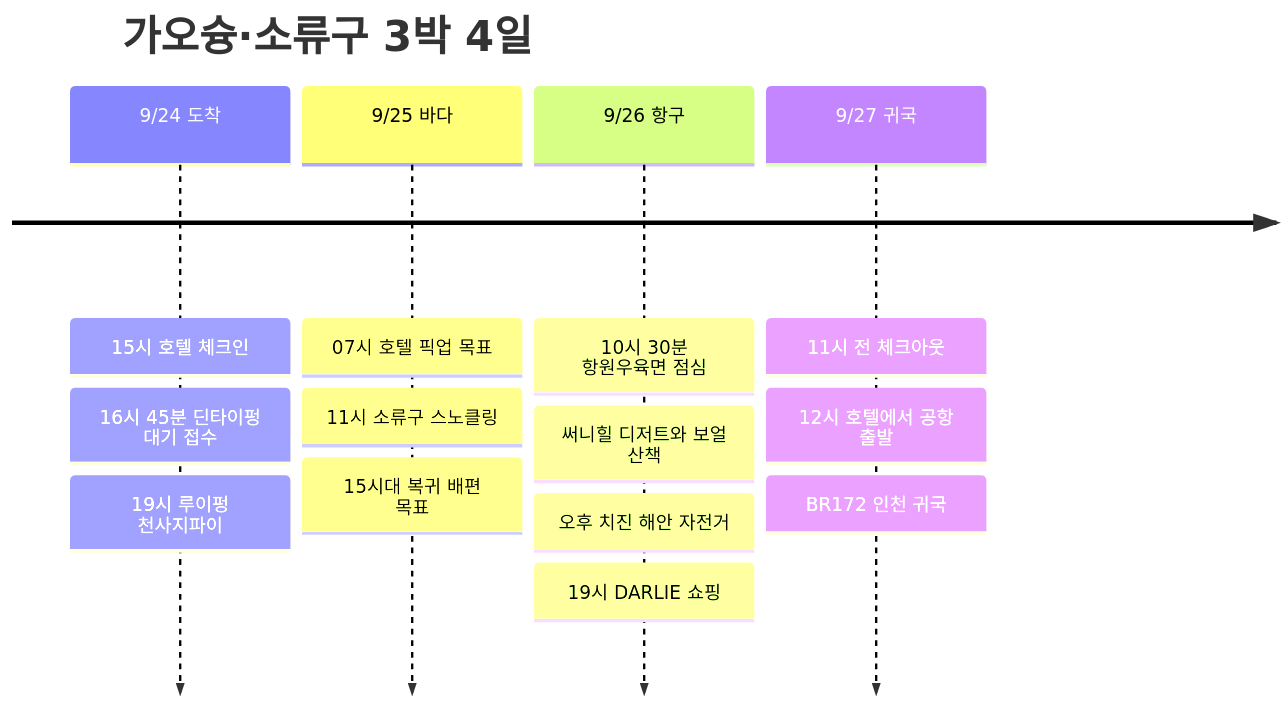
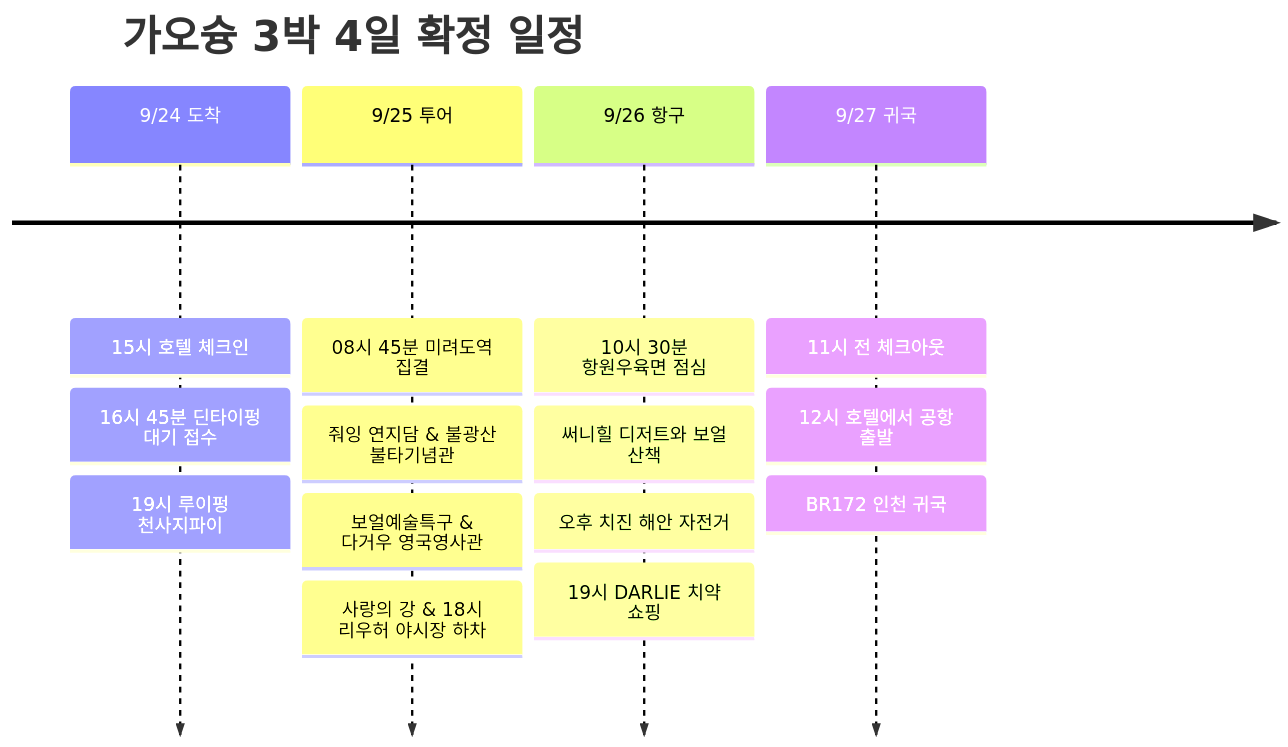
The diagram in src/content/posts/2026-09-24-kaohsiung-xiaoliuqiu.md (gongdongho12/commit-map), drawn with Mermaid before and after one commit. The commit also changed other lines of this file, not shown here.

Commit message:
feat: 9/25 클룩 가오슝 일일 투어 확정 및 일정 업데이트

````diff
--- a/src/content/posts/2026-09-24-kaohsiung-xiaoliuqiu.md
+++ b/src/content/posts/2026-09-24-kaohsiung-xiaoliuqiu.md
@@ -208,17 +212,18 @@
 ```mermaid
 timeline
-  title 가오슝·소류구 3박 4일
+  title 가오슝 3박 4일 확정 일정
   9/24 도착 : 15시 호텔 체크인
              : 16시 45분 딘타이펑 대기 접수
              : 19시 루이펑 천사지파이
-  9/25 바다 : 07시 호텔 픽업 목표
-             : 11시 소류구 스노클링
-             : 15시대 복귀 배편 목표
+  9/25 투어 : 08시 45분 미려도역 집결
+             : 줘잉 연지담 & 불광산 불타기념관
+             : 보얼예술특구 & 다거우 영국영사관
+             : 사랑의 강 & 18시 리우허 야시장 하차
   9/26 항구 : 10시 30분 항원우육면 점심
              : 써니힐 디저트와 보얼 산책
              : 오후 치진 해안 자전거
-             : 19시 DARLIE 쇼핑
+             : 19시 DARLIE 치약 쇼핑
   9/27 귀국 : 11시 전 체크아웃
              : 12시 호텔에서 공항 출발
              : BR172 인천 귀국
 ```
````
